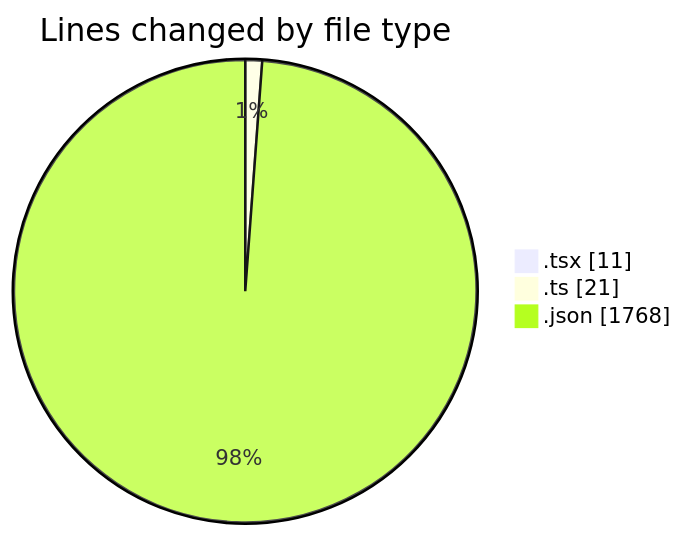
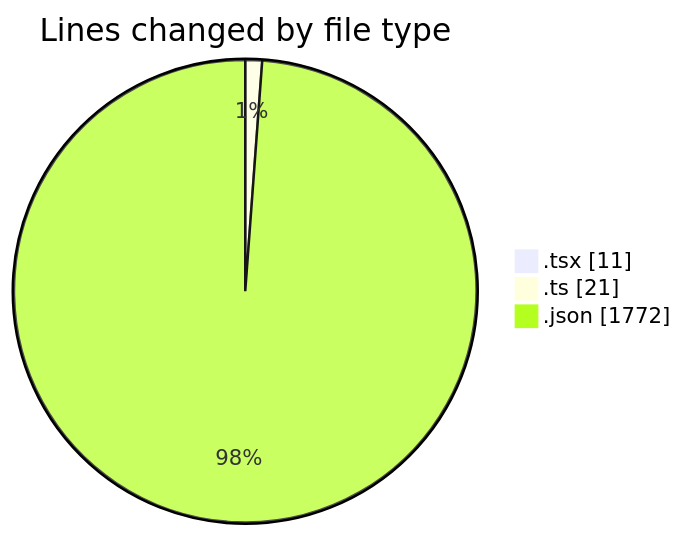
Before and after one commit to EIIisD/code-tracking: the first of 2 diagrams in 2025-07-29/ani/README.md, drawn with Mermaid. The commit also changed other lines of this file and 1 other file, not shown here.

````diff
--- a/2025-07-29/ani/README.md
+++ b/2025-07-29/ani/README.md
@@ -22,7 +22,7 @@
 ```mermaid
 pie showData
 title Lines changed by file type
 ".tsx" : 11
 ".ts" : 21
-".json" : 1768
+".json" : 1772
 ```
````
